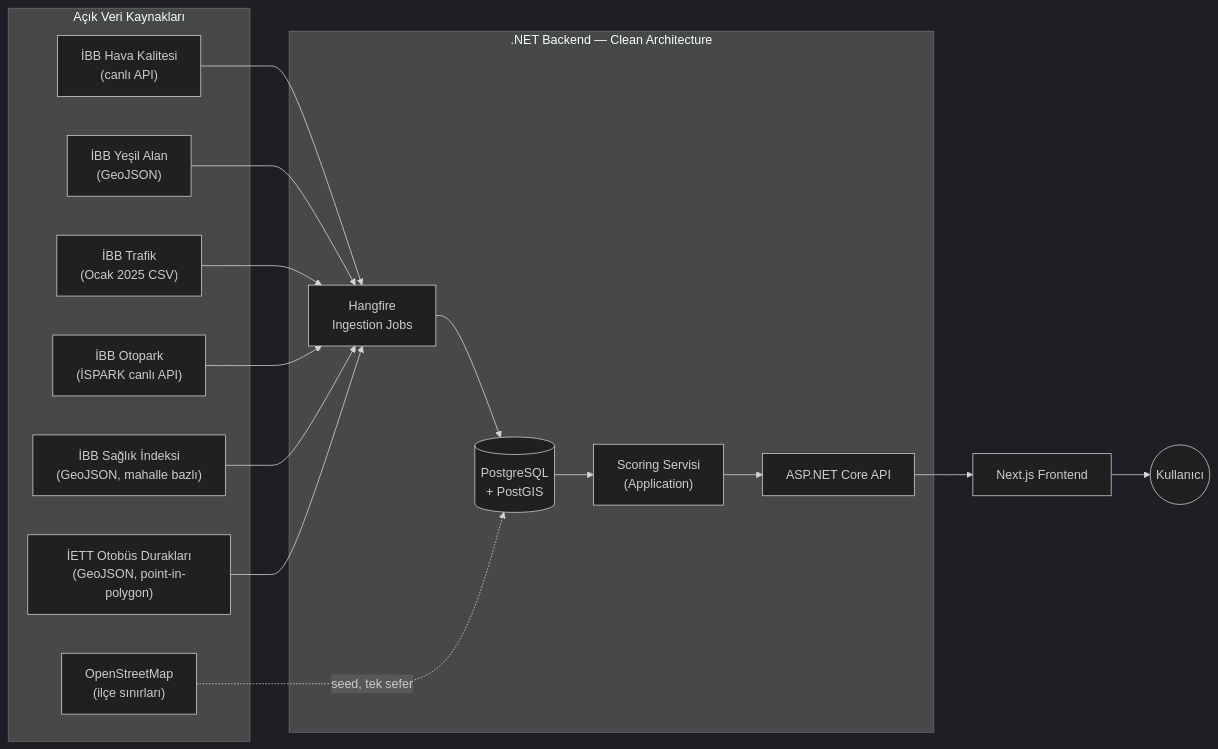
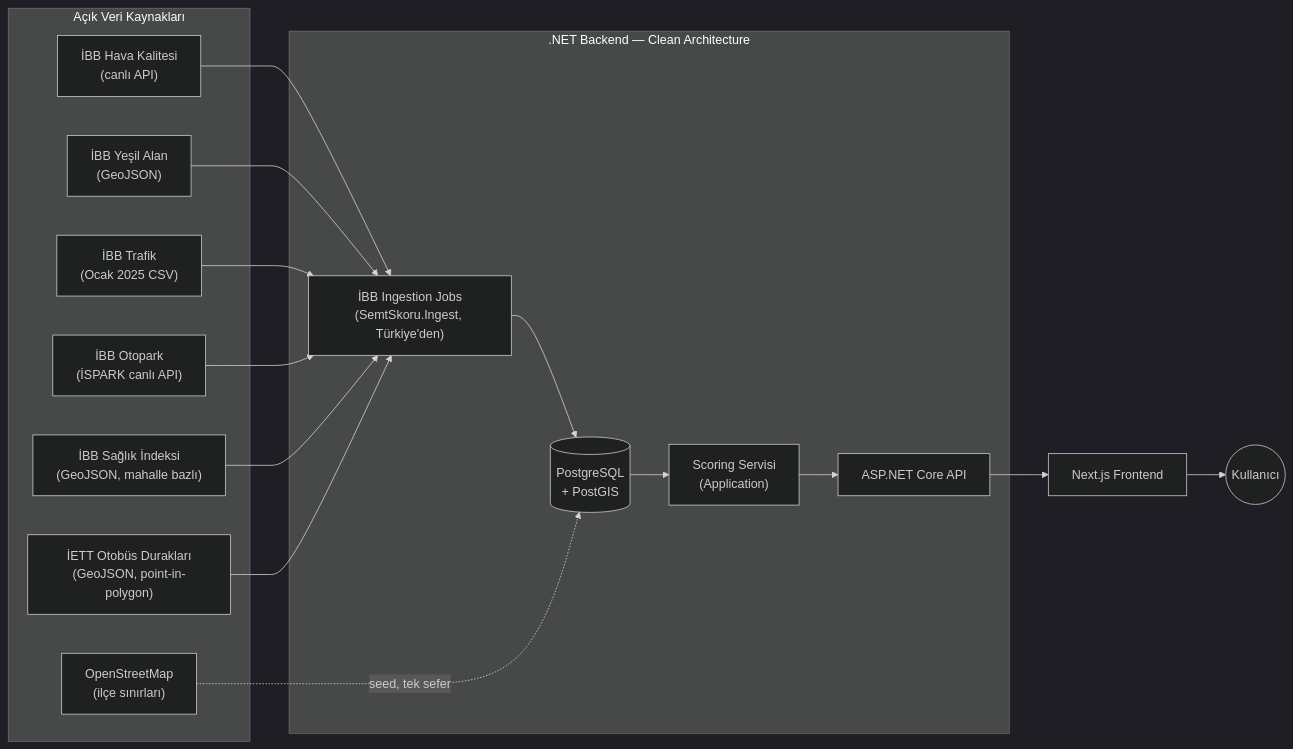
Before and after one commit to mehmetoya/SemtSkoru: the first of 2 diagrams in README.md, drawn with Mermaid (dark theme). The commit also changed other lines of this file, not shown here.

Commit message:
docs(readme): describe Turkey-only İBB ingestion, uptime monitoring and /health/data (#8)

````diff
--- a/README.md
+++ b/README.md
@@ -39,29 +42,29 @@
 ```mermaid
 flowchart LR
     subgraph Kaynaklar["Açık Veri Kaynakları"]
         AQ["İBB Hava Kalitesi<br/>(canlı API)"]
         GS["İBB Yeşil Alan<br/>(GeoJSON)"]
         TR["İBB Trafik<br/>(Ocak 2025 CSV)"]
         PK["İBB Otopark<br/>(İSPARK canlı API)"]
         HA["İBB Sağlık İndeksi<br/>(GeoJSON, mahalle bazlı)"]
         TA["İETT Otobüs Durakları<br/>(GeoJSON, point-in-polygon)"]
         OSM["OpenStreetMap<br/>(ilçe sınırları)"]
     end
 
     subgraph Backend[".NET Backend — Clean Architecture"]
-        ING["Hangfire<br/>Ingestion Jobs"] --> DB[("PostgreSQL<br/>+ PostGIS")]
+        ING["İBB Ingestion Jobs<br/>(SemtSkoru.Ingest, Türkiye'den)"] --> DB[("PostgreSQL<br/>+ PostGIS")]
         DB --> SCORE["Scoring Servisi<br/>(Application)"]
         SCORE --> API["ASP.NET Core API"]
     end
 
     AQ --> ING
     GS --> ING
     TR --> ING
     PK --> ING
     HA --> ING
     TA --> ING
     OSM -. "seed, tek sefer" .-> DB
 
     API --> FE["Next.js Frontend"]
     FE --> USER((Kullanıcı))
 ```
````
